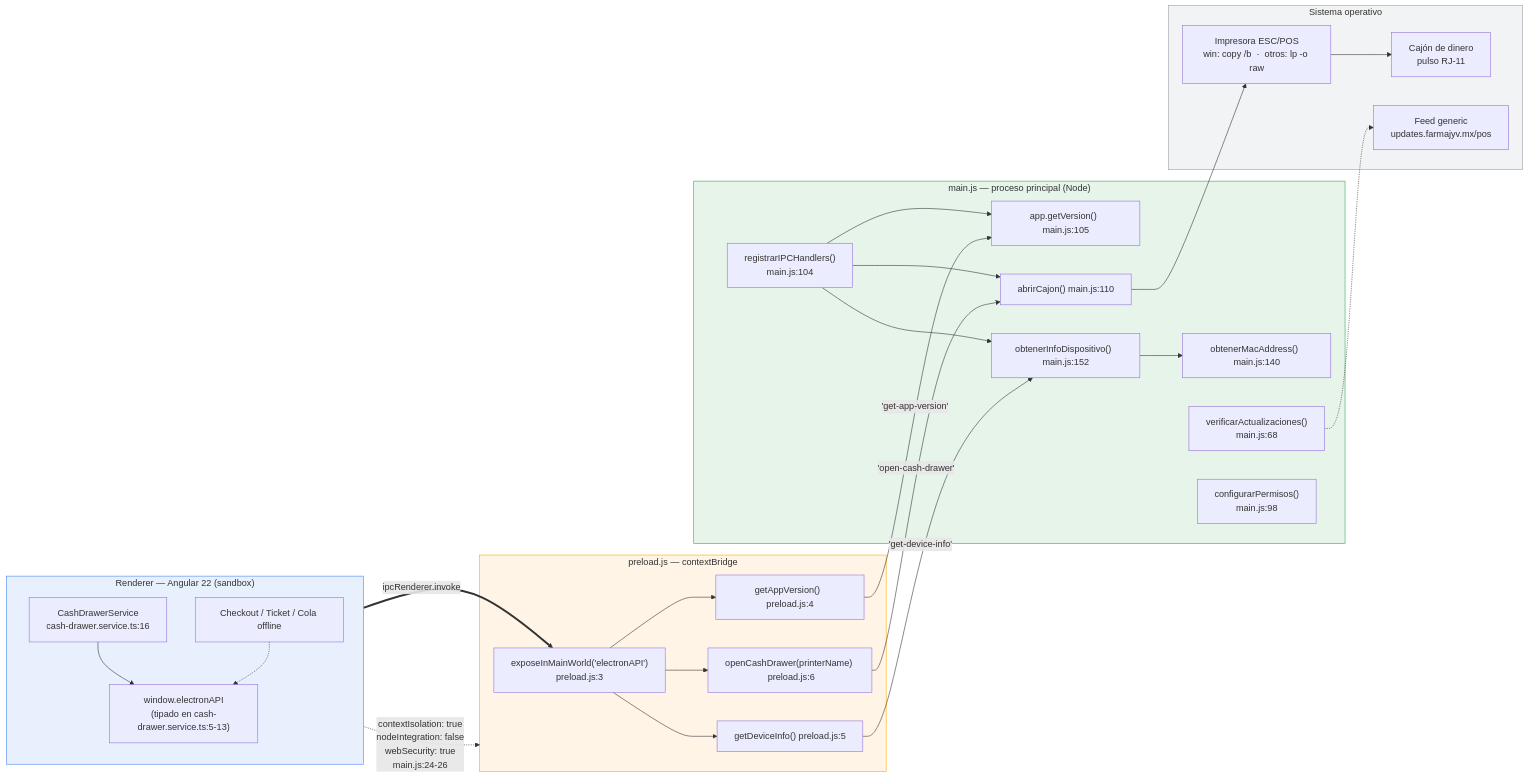
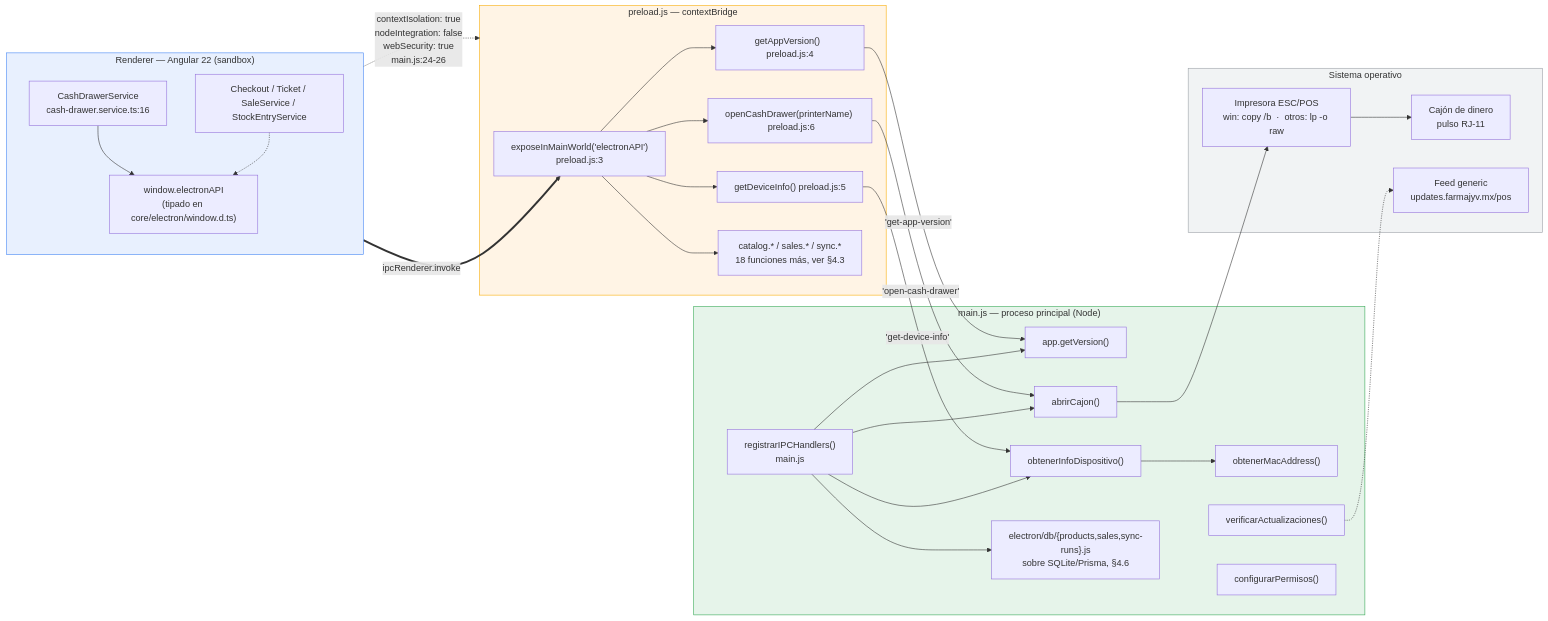
The diagram in docs/arquitectura/shared-y-electron.md (dev-jyv/pos-farma-jyv), drawn with Mermaid before and after one commit. The commit also changed other lines of this file and 164 other files, not shown here.

````diff
--- a/docs/arquitectura/shared-y-electron.md
+++ b/docs/arquitectura/shared-y-electron.md
@@ -578,51 +653,54 @@
 ```mermaid
 flowchart LR
   subgraph R["Renderer — Angular 22 (sandbox)"]
     direction TB
     CD["CashDrawerService<br/>cash-drawer.service.ts:16"]
-    OTROS["Checkout / Ticket / Cola offline"]
-    API["window.electronAPI<br/>(tipado en cash-drawer.service.ts:5-13)"]
+    OTROS["Checkout / Ticket / SaleService / StockEntryService"]
+    API["window.electronAPI<br/>(tipado en core/electron/window.d.ts)"]
     CD --> API
     OTROS -.-> API
   end
 
   subgraph P["preload.js — contextBridge"]
     BRIDGE["exposeInMainWorld('electronAPI')<br/>preload.js:3"]
     F1["getAppVersion()  preload.js:4"]
     F2["getDeviceInfo()  preload.js:5"]
     F3["openCashDrawer(printerName)  preload.js:6"]
-    BRIDGE --> F1 & F2 & F3
+    NS["catalog.* / sales.* / sync.*<br/>18 funciones más, ver §4.3"]
+    BRIDGE --> F1 & F2 & F3 & NS
   end
 
   subgraph M["main.js — proceso principal (Node)"]
-    H["registrarIPCHandlers()<br/>main.js:104"]
-    H1["app.getVersion()  main.js:105"]
-    H2["obtenerInfoDispositivo()  main.js:152"]
-    H3["abrirCajon()  main.js:110"]
-    MAC["obtenerMacAddress()  main.js:140"]
-    UPD["verificarActualizaciones()<br/>main.js:68"]
-    PERM["configurarPermisos()<br/>main.js:98"]
+    H["registrarIPCHandlers()<br/>main.js"]
+    H1["app.getVersion()"]
+    H2["obtenerInfoDispositivo()"]
+    H3["abrirCajon()"]
+    MAC["obtenerMacAddress()"]
+    UPD["verificarActualizaciones()"]
+    PERM["configurarPermisos()"]
+    DB["electron/db/{products,sales,sync-runs}.js<br/>sobre SQLite/Prisma, §4.6"]
     H --> H1 & H2 & H3
+    H --> DB
     H2 --> MAC
   end
 
   subgraph OS["Sistema operativo"]
     PRN["Impresora ESC/POS<br/>win: copy /b  ·  otros: lp -o raw"]
     DRAWER["Cajón de dinero<br/>pulso RJ-11"]
     FEED["Feed generic<br/>updates.farmajyv.mx/pos"]
   end
 
   API ==>|"ipcRenderer.invoke"| BRIDGE
   F1 -->|"'get-app-version'"| H1
   F2 -->|"'get-device-info'"| H2
   F3 -->|"'open-cash-drawer'"| H3
   H3 --> PRN --> DRAWER
   UPD -.-> FEED
 
   R -.->|"contextIsolation: true<br/>nodeIntegration: false<br/>webSecurity: true<br/>main.js:24-26"| P
 
   style R fill:#e8f0fe,stroke:#4285f4
   style P fill:#fff4e5,stroke:#f9ab00
   style M fill:#e6f4ea,stroke:#34a853
   style OS fill:#f1f3f4,stroke:#9aa0a6
 ```
````
